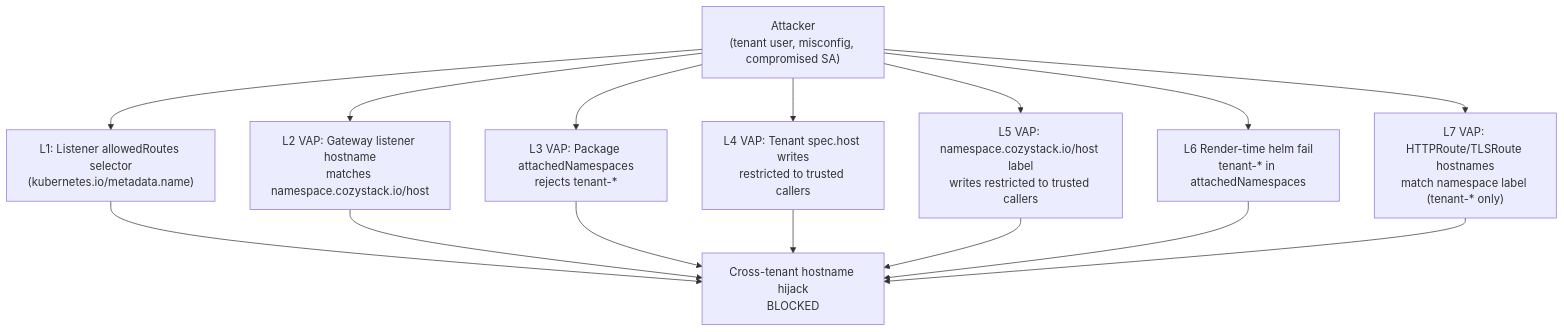
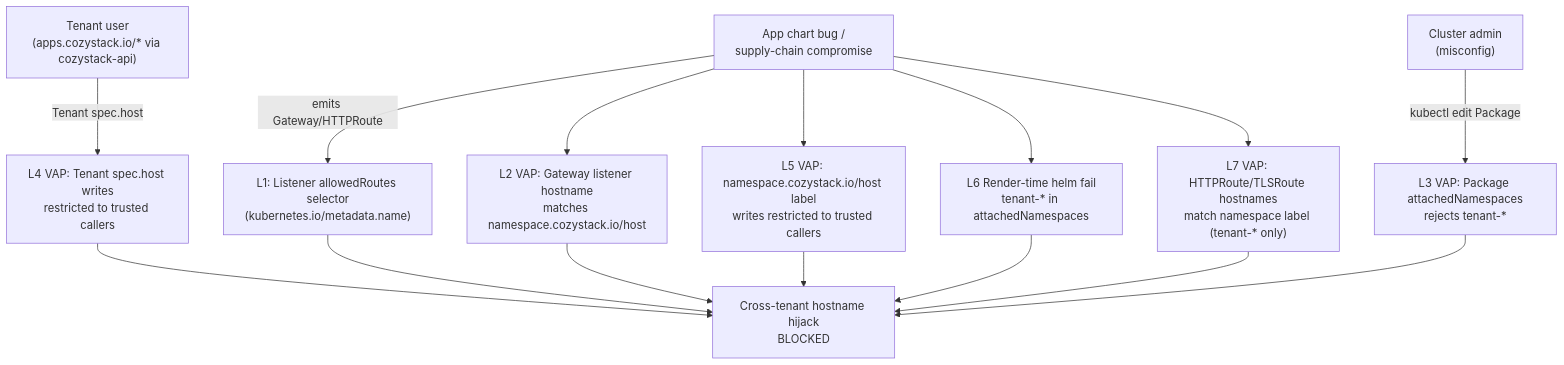
The third of 3 diagrams in content/en/docs/next/networking/gateway-api.md (cozystack/website), drawn with Mermaid before and after one commit. The commit also changed other lines of this file, not shown here.

Commit message:
docs(gateway-api): security model as three groups, anchor on tenant API surface
Mirrors the security framing rewrite in cozystack/cozystack#2470 README:

- Security section opens with the three-group framing (tenant-user-
  input gates / defense-in-depth / admin-against-themselves),
  anchored in the apps.cozystack.io/* tenant API surface.
- Mermaid diagram redrawn so the attacker arrow lands on Layer 4
  (cozystack-api admission of Tenant.spec.host) as the user-input
  boundary; defense-in-depth and admin-against-themselves layers
  branch off as separate sources.
- Layer 7 wording reframed: drop the implication that a tenant user
  with HTTPRoute RBAC could exploit the cross-apex hostname surface.
  Tenants in Cozystack do not hold gateway.networking.k8s.io/* RBAC
  by design. Reframed as defense-in-depth against an app chart bug
  or supply-chain compromise.
- New Tenant API surface subsection in Overview anchors that
  constraint up front, so the rest of the security model reads
  correctly without re-deriving it.

Description metadata flips 'seven-layer cross-tenant isolation' to
'three-group security model' to match.

````diff
--- a/content/en/docs/next/networking/gateway-api.md
+++ b/content/en/docs/next/networking/gateway-api.md
@@ -244,27 +254,35 @@
 ```mermaid
 flowchart TD
-    ATK["Attacker<br/>(tenant user, misconfig, compromised SA)"]
+    USER["Tenant user<br/>(apps.cozystack.io/* via cozystack-api)"]
+    CHART["App chart bug /<br/>supply-chain compromise"]
+    ADMIN["Cluster admin<br/>(misconfig)"]
+
+    L4["L4 VAP: Tenant spec.host writes<br/>restricted to trusted callers"]
+
     L1["L1: Listener allowedRoutes selector<br/>(kubernetes.io/metadata.name)"]
     L2["L2 VAP: Gateway listener hostname<br/>matches namespace.cozystack.io/host"]
-    L3["L3 VAP: Package attachedNamespaces<br/>rejects tenant-*"]
-    L4["L4 VAP: Tenant spec.host writes<br/>restricted to trusted callers"]
     L5["L5 VAP: namespace.cozystack.io/host label<br/>writes restricted to trusted callers"]
     L6["L6 Render-time helm fail<br/>tenant-* in attachedNamespaces"]
     L7["L7 VAP: HTTPRoute/TLSRoute hostnames<br/>match namespace label (tenant-* only)"]
+
+    L3["L3 VAP: Package attachedNamespaces<br/>rejects tenant-*"]
+
     GW["Cross-tenant hostname hijack<br/>BLOCKED"]
 
-    ATK --> L1
-    ATK --> L2
-    ATK --> L3
-    ATK --> L4
-    ATK --> L5
-    ATK --> L6
-    ATK --> L7
+    USER -->|Tenant spec.host| L4
+    L4 --> GW
+
+    CHART -->|emits Gateway/HTTPRoute| L1
+    CHART --> L2
+    CHART --> L5
+    CHART --> L6
+    CHART --> L7
     L1 --> GW
     L2 --> GW
-    L3 --> GW
-    L4 --> GW
     L5 --> GW
     L6 --> GW
     L7 --> GW
+
+    ADMIN -->|kubectl edit Package| L3
+    L3 --> GW
 ```
````
